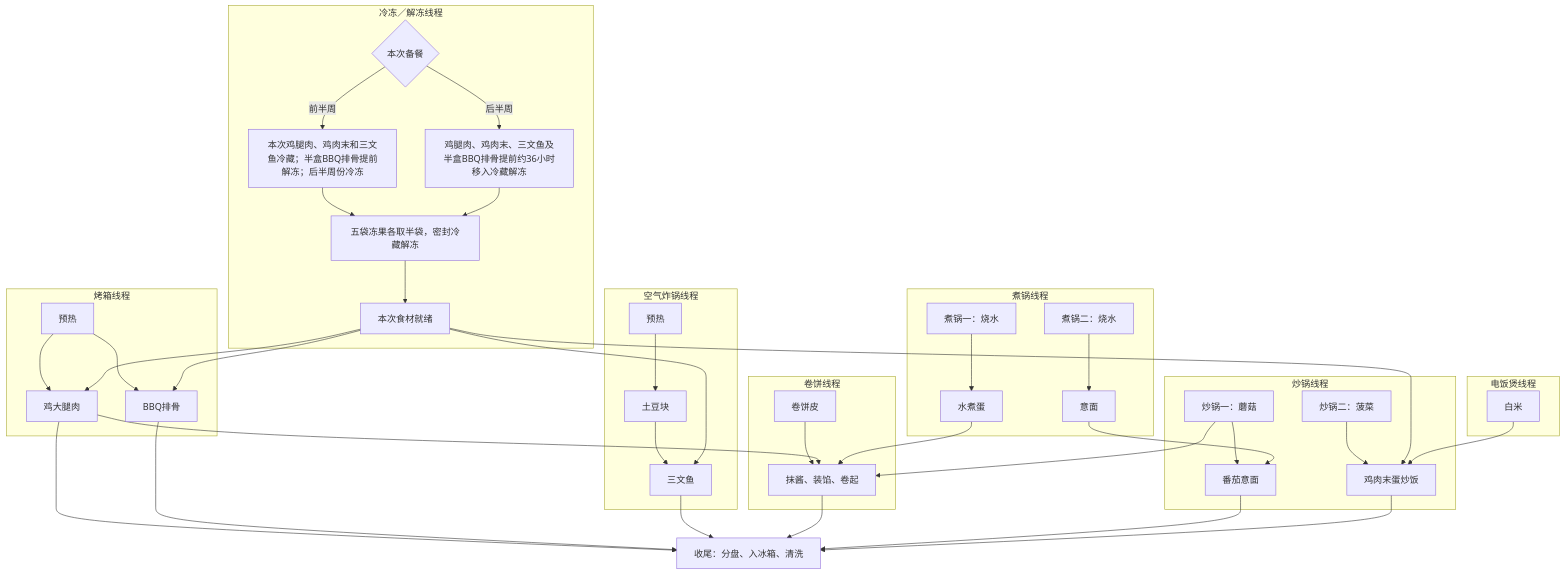
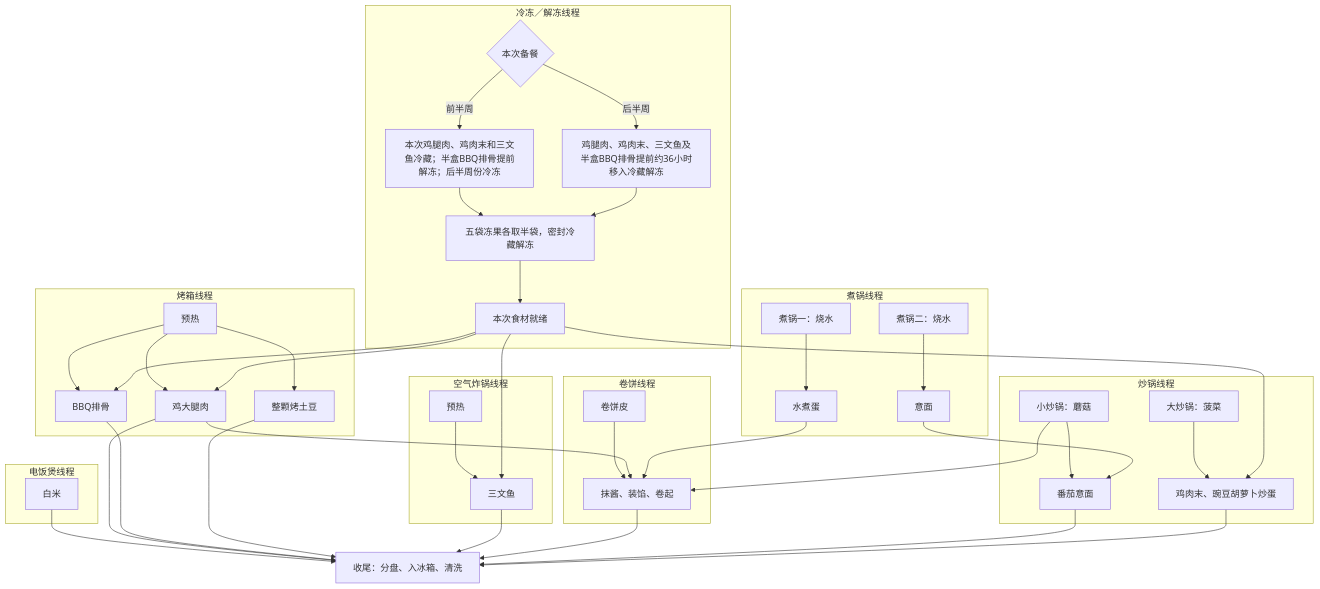
The diagram in content/posts/healthy-eating-plan.md (yunhaixiang/yhmath), drawn with Mermaid before and after one commit. The commit also changed other lines of this file and 9 other files, not shown here.

````diff
--- a/content/posts/healthy-eating-plan.md
+++ b/content/posts/healthy-eating-plan.md
@@ -108,46 +107,48 @@
 ```mermaid
 flowchart TB
     subgraph cold[冷冻／解冻线程]
         C0{本次备餐} -->|前半周| C1[本次鸡腿肉、鸡肉末和三文鱼冷藏；半盒BBQ排骨提前解冻；后半周份冷冻]
         C0 -->|后半周| C2[鸡腿肉、鸡肉末、三文鱼及半盒BBQ排骨提前约36小时移入冷藏解冻]
         C1 --> C4[五袋冻果各取半袋，密封冷藏解冻]
         C2 --> C4
         C4 --> C3[本次食材就绪]
     end
     subgraph rice[电饭煲线程]
         SR[白米]
     end
     subgraph oven[烤箱线程]
         SO0[预热] --> SO2[鸡大腿肉]
+        SO0 --> SO3[整颗烤土豆]
         SO0 --> SO1[BBQ排骨]
     end
     subgraph air[空气炸锅线程]
-        SA0[预热] --> SA4[土豆块] --> SA1[三文鱼]
+        SA0[预热] --> SA1[三文鱼]
     end
     subgraph pots[煮锅线程]
         SP0[煮锅一：烧水] --> SP2[水煮蛋]
         SP3[煮锅二：烧水] --> SP1[意面]
     end
     subgraph woks[炒锅线程]
-        SW1[炒锅一：蘑菇] --> SW3[番茄意面]
-        SW2[炒锅二：菠菜] --> SW4[鸡肉末蛋炒饭]
+        SW1[小炒锅：蘑菇] --> SW3[番茄意面]
+        SW2[大炒锅：菠菜] --> SW4[鸡肉末、豌豆胡萝卜炒蛋]
     end
     subgraph wraps[卷饼线程]
         ST[卷饼皮] --> ST1[抹酱、装馅、卷起]
     end
     C3 --> SO2
     C3 --> SO1
     C3 --> SA1
     C3 --> SW4
-    SR --> SW4
+    SR --> SF
     SP1 --> SW3
     SO2 --> SF[收尾：分盘、入冰箱、清洗]
     SO2 --> ST1
     SO1 --> SF
+    SO3 --> SF
     SA1 --> SF
     SP2 --> ST1
     SW1 --> ST1
     ST1 --> SF
     SW3 --> SF
     SW4 --> SF
 ```
````
